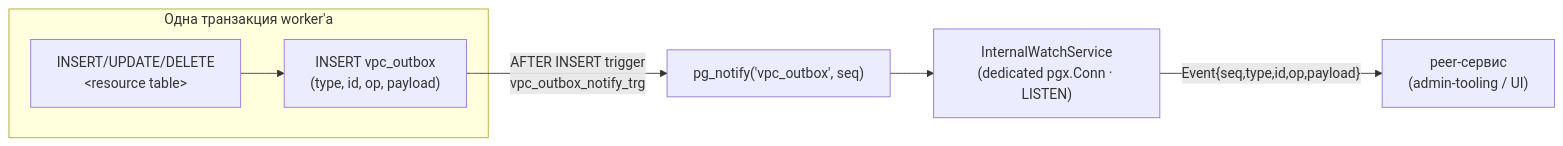
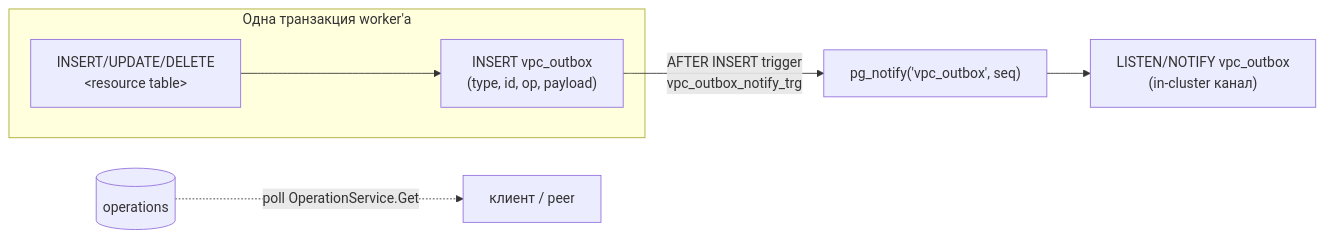
One commit to PRO-Robotech/kacho-vpc changed the first of 2 diagrams in docs-site/docs/architecture/operations.mdx. Above: the diagram before and after it, drawn with Mermaid. The commit also changed other lines of this file and 83 other files, not shown here.

````diff
--- a/docs-site/docs/architecture/operations.mdx
+++ b/docs-site/docs/architecture/operations.mdx
@@ -140,11 +140,11 @@
 ```mermaid
 flowchart LR
   subgraph tx["Одна транзакция worker'а"]
     ins["INSERT/UPDATE/DELETE<br/>&lt;resource table&gt;"]
     obx["INSERT vpc_outbox<br/>(type, id, op, payload)"]
   end
   ins --> obx
   obx -->|"AFTER INSERT trigger<br/>vpc_outbox_notify_trg"| notify["pg_notify('vpc_outbox', seq)"]
-  notify --> watch["InternalWatchService<br/>(dedicated pgx.Conn · LISTEN)"]
-  watch -->|"Event{seq,type,id,op,payload}"| peer["peer-сервис<br/>(admin-tooling / UI)"]
+  notify --> chan["LISTEN/NOTIFY vpc_outbox<br/>(in-cluster канал)"]
+  op[("operations")] -.->|"poll OperationService.Get"| cli["клиент / peer"]
 ```
````
